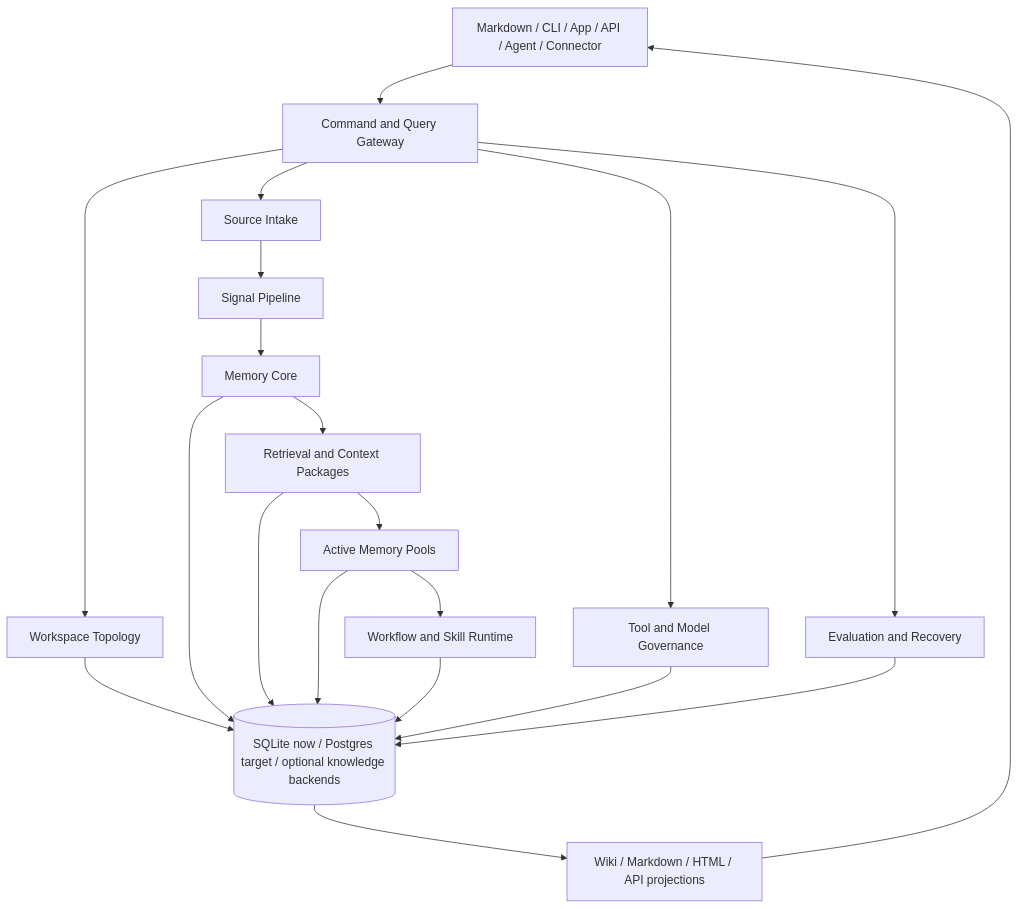
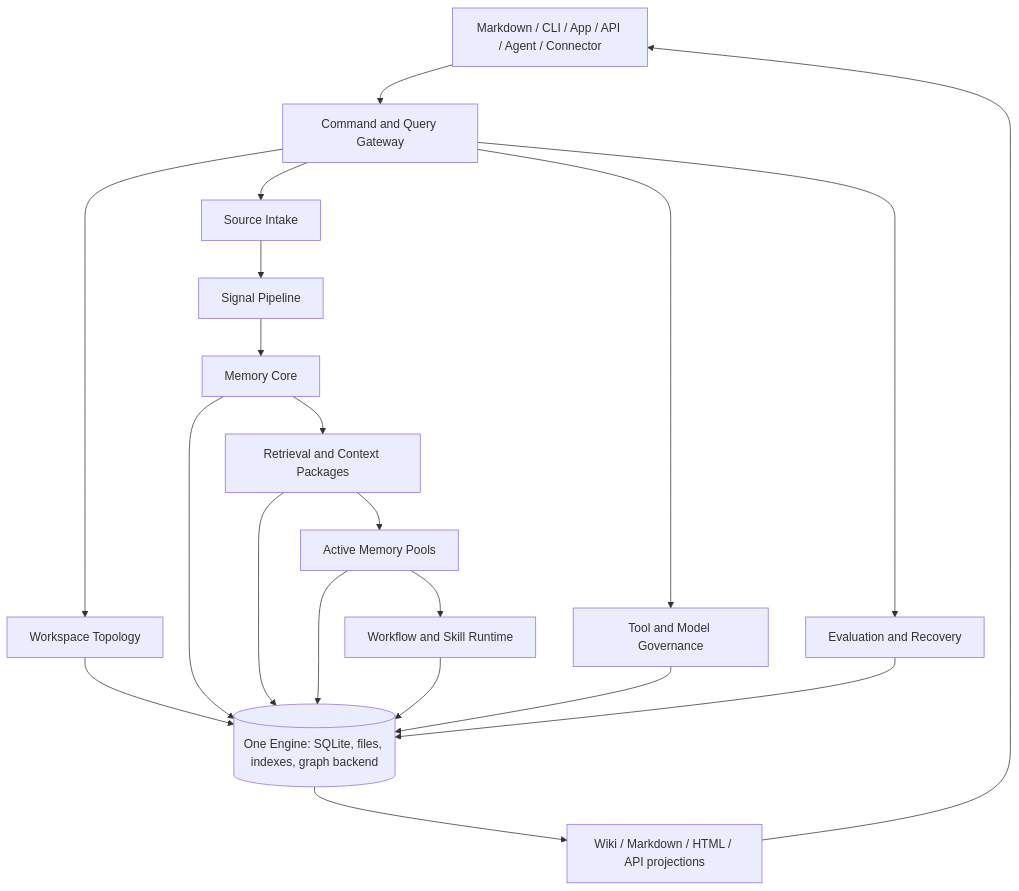
One commit to Miosa-osa/OptimalEngine changed the third of 4 diagrams in README.md. Above: the diagram before and after it, drawn with Mermaid. The commit also changed other lines of this file and 31 other files, not shown here.

First line of the commit message:
docs: one Engine holds every store; deployment guides for self-hosted, providers, cloud and MIOSA-managed (#208)

````diff
--- a/README.md
+++ b/README.md
@@ -680,37 +685,37 @@
 ```mermaid
 flowchart TB
   Surfaces[Markdown / CLI / App / API / Agent / Connector]
   Gateway[Command and Query Gateway]
   Topology[Workspace Topology]
   Intake[Source Intake]
   Signal[Signal Pipeline]
   Memory[Memory Core]
   Retrieval[Retrieval and Context Packages]
   Pools[Active Memory Pools]
   Workflow[Workflow and Skill Runtime]
   Governance[Tool and Model Governance]
   Eval[Evaluation and Recovery]
-  Store[(SQLite now / Postgres target / optional knowledge backends)]
+  Store[(One Engine: SQLite, files, indexes, graph backend)]
   Export[Wiki / Markdown / HTML / API projections]
 
   Surfaces --> Gateway
   Gateway --> Topology
   Gateway --> Intake
   Intake --> Signal
   Signal --> Memory
   Memory --> Retrieval
   Retrieval --> Pools
   Pools --> Workflow
   Gateway --> Governance
   Gateway --> Eval
 
   Topology --> Store
   Memory --> Store
   Retrieval --> Store
   Pools --> Store
   Workflow --> Store
   Governance --> Store
   Eval --> Store
   Store --> Export
   Export --> Surfaces
 ```
````
